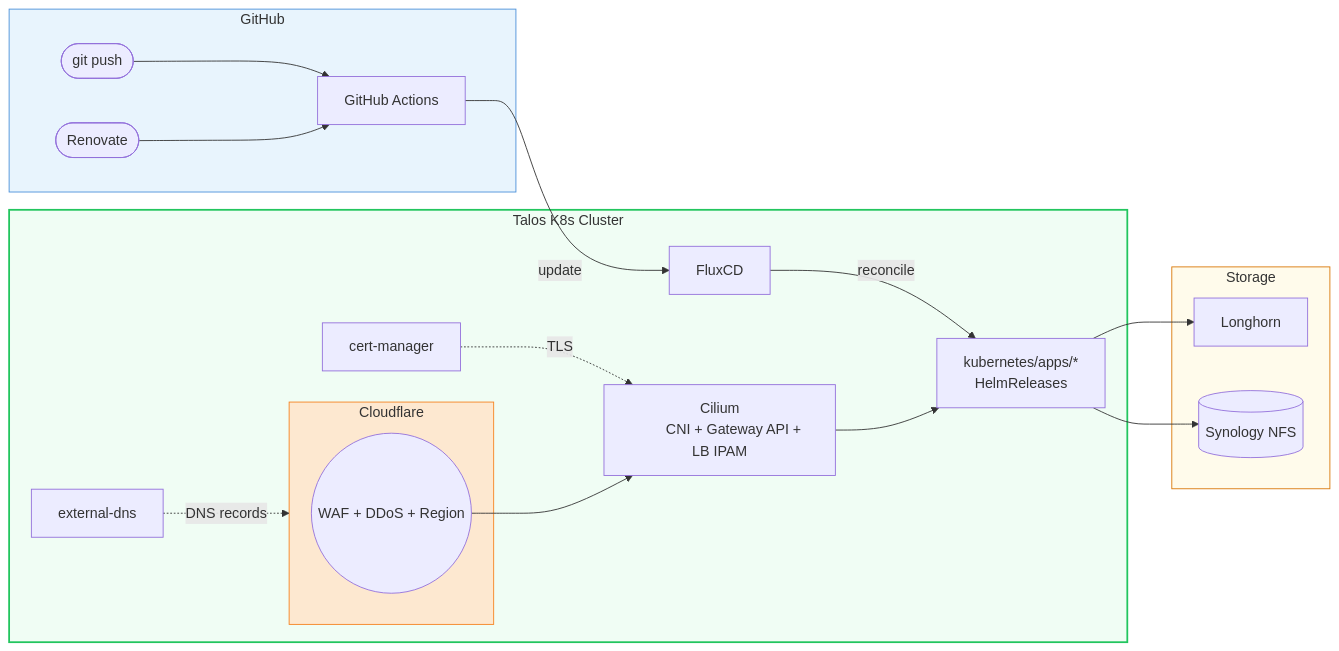
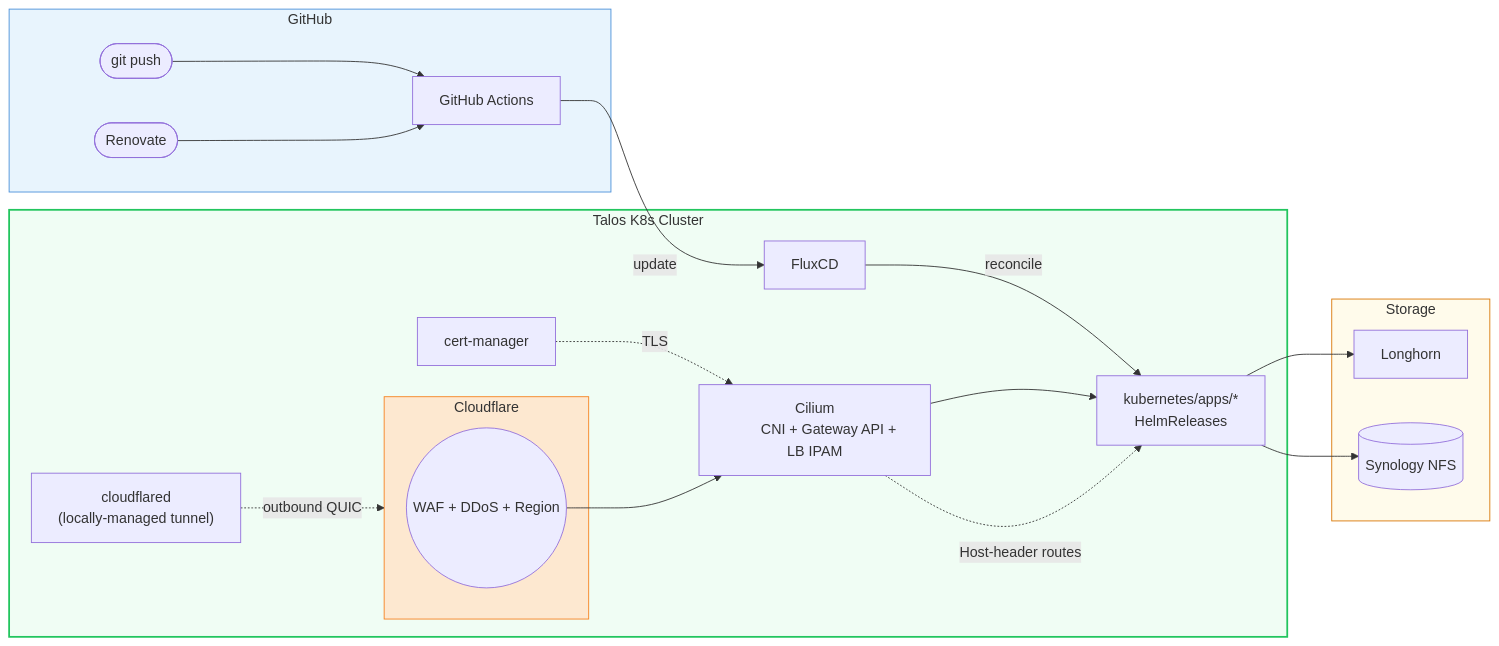
The diagram in README.md (wajeht/home-ops), drawn with Mermaid before and after one commit. The commit also changed 7 other files, not shown here.

Commit message:
fix(cloudflared): simplify tunnel setup and routing

````diff
--- a/README.md
+++ b/README.md
@@ -11,42 +11,44 @@
 ```mermaid
 flowchart LR
     subgraph repos["GitHub"]
         push([git push])
         renovate([Renovate])
         gha[GitHub Actions]
     end
 
     subgraph cf[Cloudflare]
         waf((WAF + DDoS + Region))
     end
 
     subgraph cluster["Talos K8s Cluster"]
         flux[FluxCD]
         cilium["Cilium
         CNI + Gateway API + LB IPAM"]
         cert[cert-manager]
-        dns[external-dns]
+        cfd["cloudflared
+        (locally-managed tunnel)"]
         apps["kubernetes/apps/*
         HelmReleases"]
         flux -->|reconcile| apps
         cilium --> apps
         cert -.->|TLS| cilium
-        dns -.->|DNS records| cf
+        cfd -.->|outbound QUIC| cf
+        cilium -.->|Host-header routes| apps
     end
 
     subgraph storage["Storage"]
         longhorn[Longhorn]
         nfs[(Synology NFS)]
     end
 
     push --> gha -->|update| flux
     renovate --> gha
     waf --> cilium
     apps --> longhorn
     apps --> nfs
 
     style repos fill:#e8f4fd,stroke:#4a90d9
     style cluster fill:#f0fdf4,stroke:#22c55e,stroke-width:2px
     style cf fill:#fde8d0,stroke:#f6821f
     style storage fill:#fffbeb,stroke:#d97706
 ```
````
